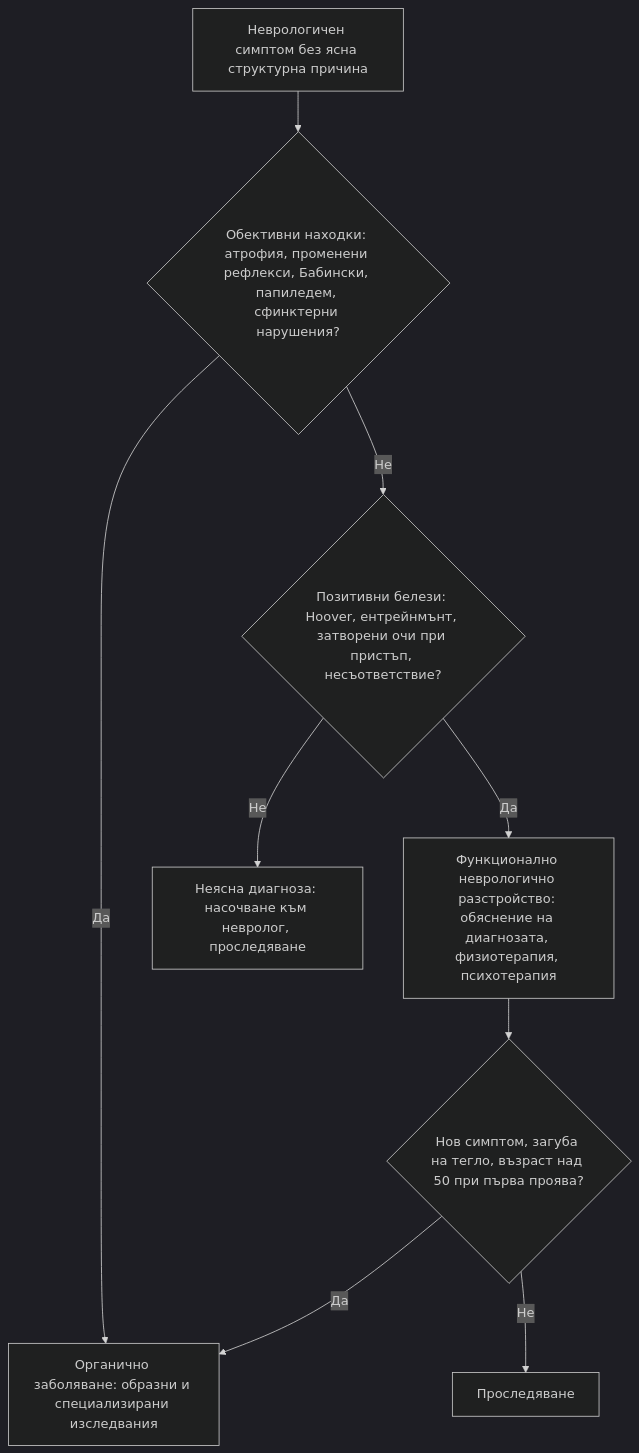
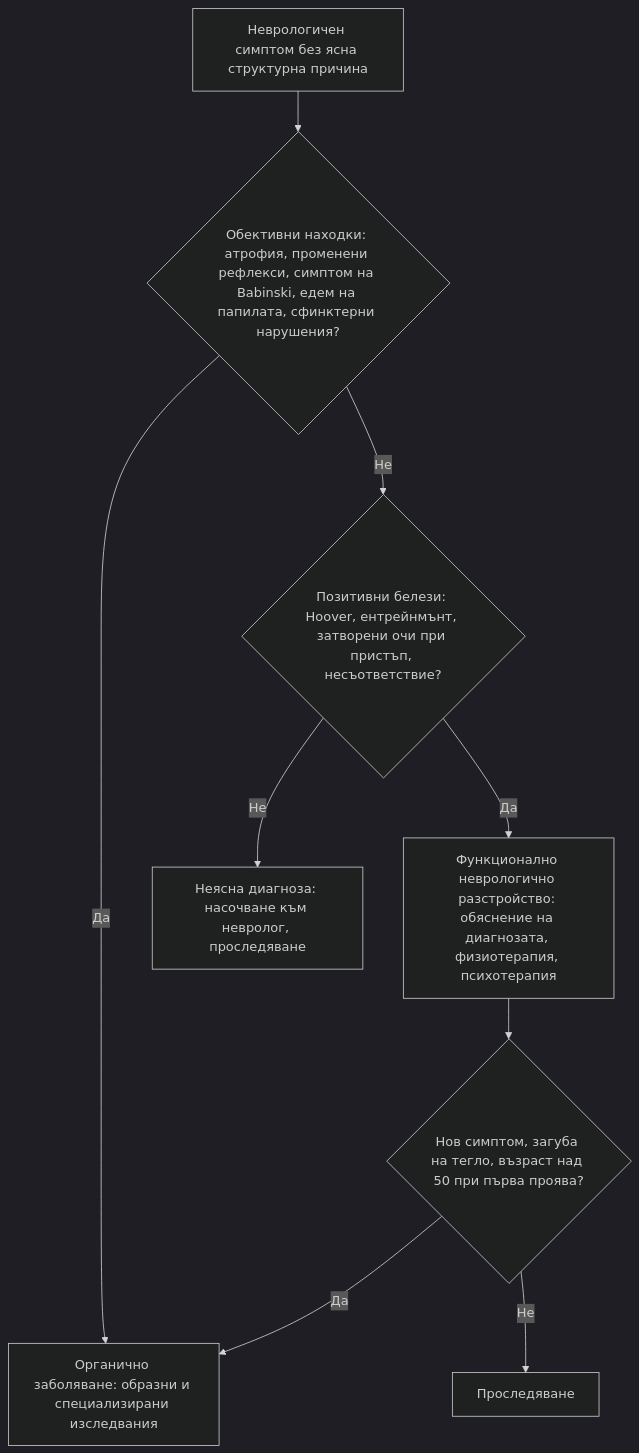
Before and after one commit to yancho26/yancho: the diagram in glavi/76-funktsionalni-veshtestva.md, drawn with Mermaid (dark theme). The commit also changed other lines of this file and 4 other files, not shown here.

First line of the commit message:
Езикова редакция: глава 46; симптом на Babinski, спешен ЯМР

````diff
--- a/glavi/76-funktsionalni-veshtestva.md
+++ b/glavi/76-funktsionalni-veshtestva.md
@@ -192,13 +192,13 @@
 ```mermaid
 flowchart TD
     accTitle: Диагностичен алгоритъм при подозрение за функционален неврологичен симптом
-    accDescr: Блок-схема. Начало: Неврологичен симптом без ясна структурна причина. Въпроси: Обективни находки: атрофия, променени рефлекси, Бабински, папиледем, сфинктерни нарушения? · Позитивни белези: Hoover, ентрейнмънт, затворени очи при пристъп, несъответствие? · Нов симптом, загуба на тегло, възраст над 50 при първа проява? Пълното текстово описание е под схемата.
-    A["Неврологичен симптом без ясна структурна причина"] --> B{"Обективни находки: атрофия, променени рефлекси, Бабински, папиледем, сфинктерни нарушения?"}
+    accDescr: Блок-схема. Начало: Неврологичен симптом без ясна структурна причина. Въпроси: Обективни находки: атрофия, променени рефлекси, симптом на Babinski, едем на папилата, сфинктерни нарушения? · Позитивни белези: Hoover, ентрейнмънт, затворени очи при пристъп, несъответствие? · Нов симптом, загуба на тегло, възраст над 50 при първа проява? Пълното текстово описание е под схемата.
+    A["Неврологичен симптом без ясна структурна причина"] --> B{"Обективни находки: атрофия, променени рефлекси, симптом на Babinski, едем на папилата, сфинктерни нарушения?"}
     B -->|Да| C["Органично заболяване: образни и специализирани изследвания"]
     B -->|Не| D{"Позитивни белези: Hoover, ентрейнмънт, затворени очи при пристъп, несъответствие?"}
     D -->|Да| E["Функционално неврологично разстройство: обяснение на диагнозата, физиотерапия, психотерапия"]
     D -->|Не| F["Неясна диагноза: насочване към невролог, проследяване"]
     E --> G{"Нов симптом, загуба на тегло, възраст над 50 при първа проява?"}
     G -->|Да| C
     G -->|Не| H["Проследяване"]
 ```
````
